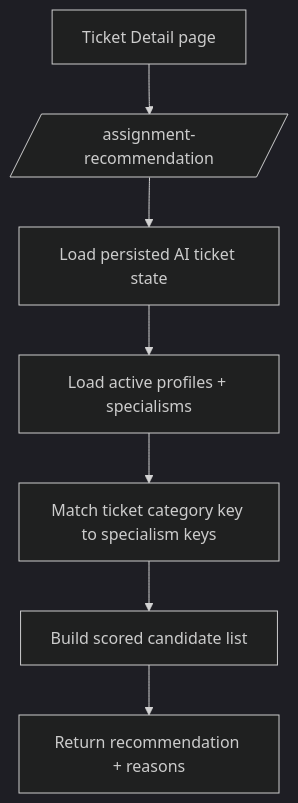
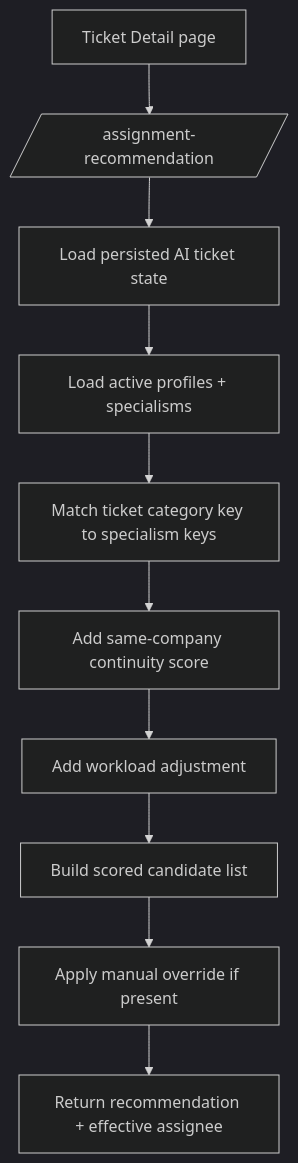
One commit to Plymouth-University/comp2003-2025-2026-team-3 changed the tenth of 11 diagrams in docs/services/ai-service/flows.md. Above: the diagram before and after it, drawn with Mermaid (dark theme). The commit also changed other lines of this file and 11 other files, not shown here.

Commit message:
company continuity and docs

````diff
--- a/docs/services/ai-service/flows.md
+++ b/docs/services/ai-service/flows.md
@@ -407,9 +411,12 @@
 ```mermaid
 flowchart TD
   TicketDetail[Ticket Detail page] --> API[/assignment-recommendation/]
   API --> LoadState[Load persisted AI ticket state]
   LoadState --> LoadProfiles[Load active profiles + specialisms]
   LoadProfiles --> Match[Match ticket category key to specialism keys]
-  Match --> Score[Build scored candidate list]
-  Score --> Response[Return recommendation + reasons]
+  Match --> Continuity[Add same-company continuity score]
+  Continuity --> Load[Add workload adjustment]
+  Load --> Score[Build scored candidate list]
+  Score --> Override[Apply manual override if present]
+  Override --> Response[Return recommendation + effective assignee]
 ```
````
